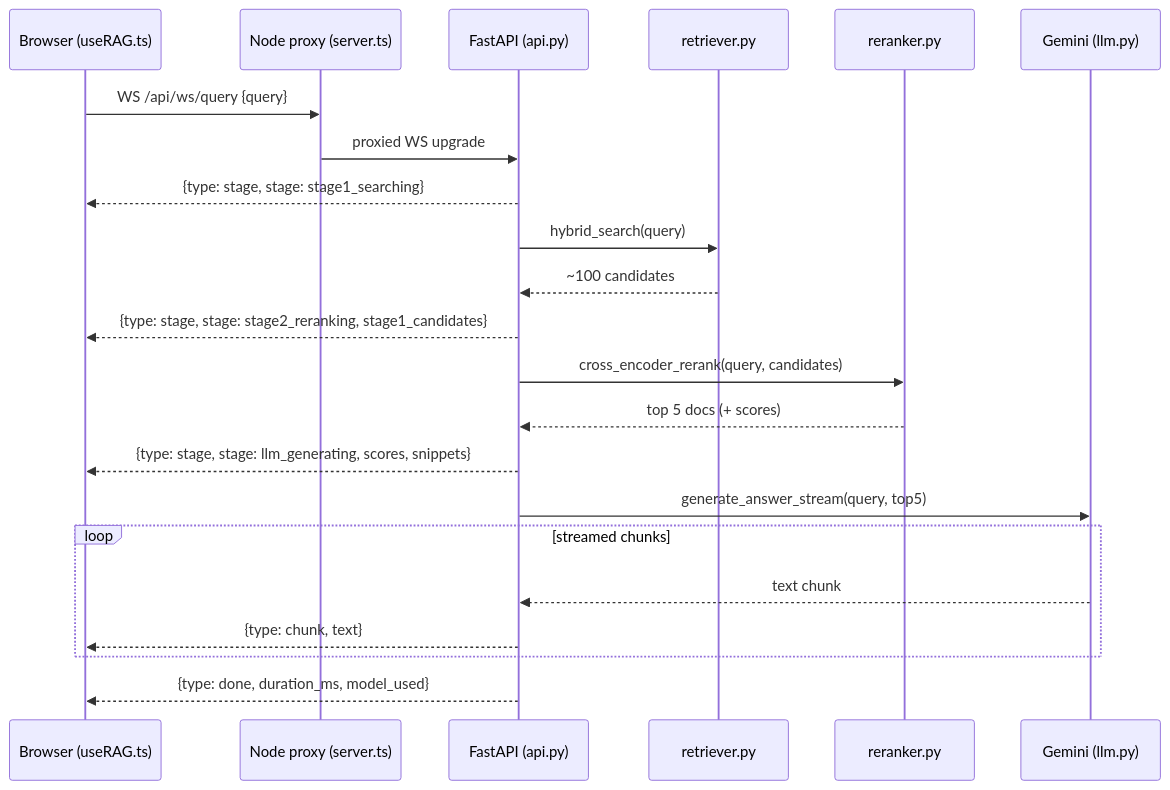
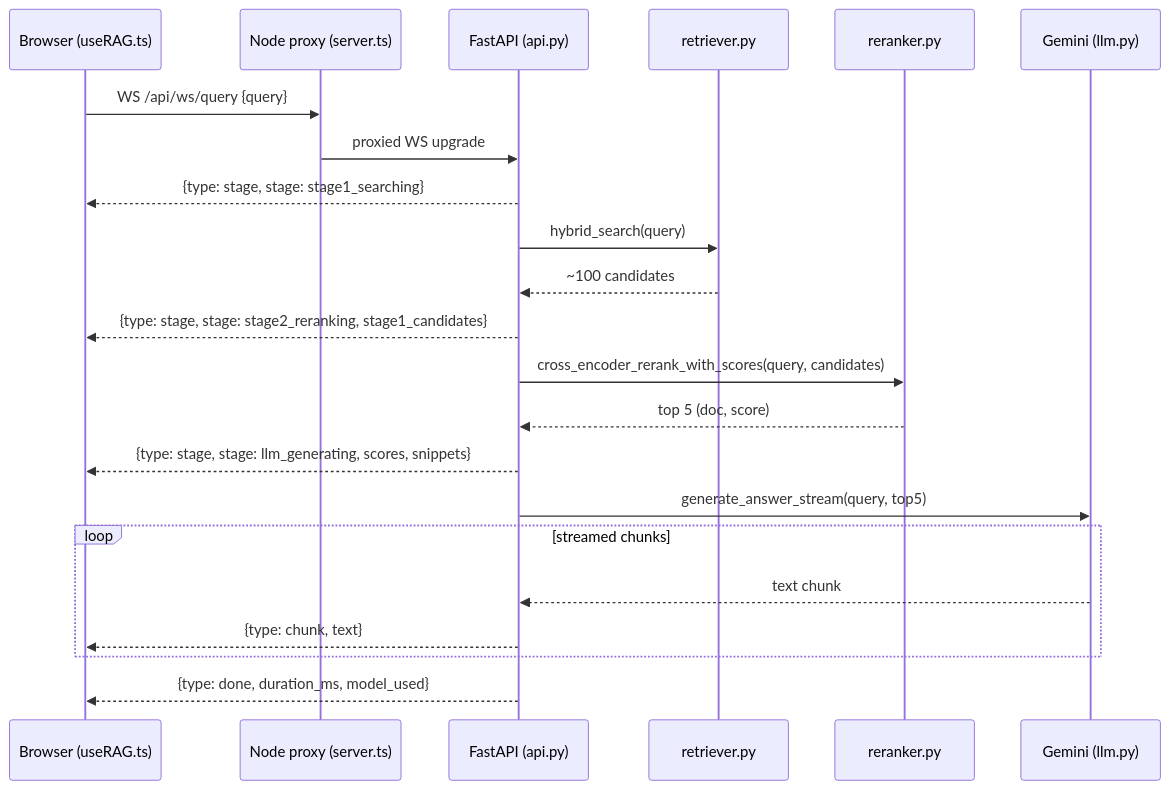
The fourth of 6 diagrams in CODE_EXPLAINED.md (BRAJESWARG/iitp_rag), drawn with Mermaid before and after one commit. The commit also changed other lines of this file and 5 other files, not shown here.

````diff
--- a/CODE_EXPLAINED.md
+++ b/CODE_EXPLAINED.md
@@ -147,25 +147,25 @@
 ```mermaid
 sequenceDiagram
     participant U as Browser (useRAG.ts)
     participant N as Node proxy (server.ts)
     participant A as FastAPI (api.py)
     participant R as retriever.py
     participant K as reranker.py
     participant G as Gemini (llm.py)
 
     U->>N: WS /api/ws/query {query}
     N->>A: proxied WS upgrade
     A-->>U: {type: stage, stage: stage1_searching}
     A->>R: hybrid_search(query)
     R-->>A: ~100 candidates
     A-->>U: {type: stage, stage: stage2_reranking, stage1_candidates}
-    A->>K: cross_encoder_rerank(query, candidates)
-    K-->>A: top 5 docs (+ scores)
+    A->>K: cross_encoder_rerank_with_scores(query, candidates)
+    K-->>A: top 5 (doc, score)
     A-->>U: {type: stage, stage: llm_generating, scores, snippets}
     A->>G: generate_answer_stream(query, top5)
     loop streamed chunks
         G-->>A: text chunk
         A-->>U: {type: chunk, text}
     end
     A-->>U: {type: done, duration_ms, model_used}
 ```
````
